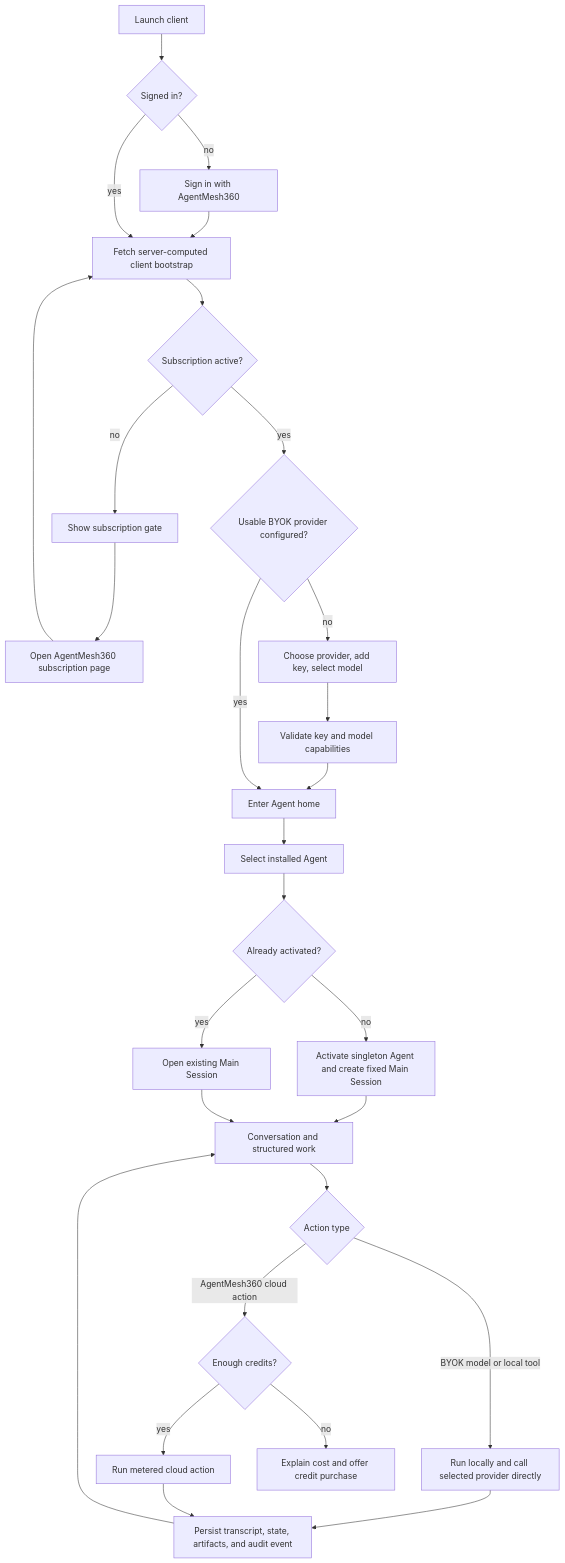
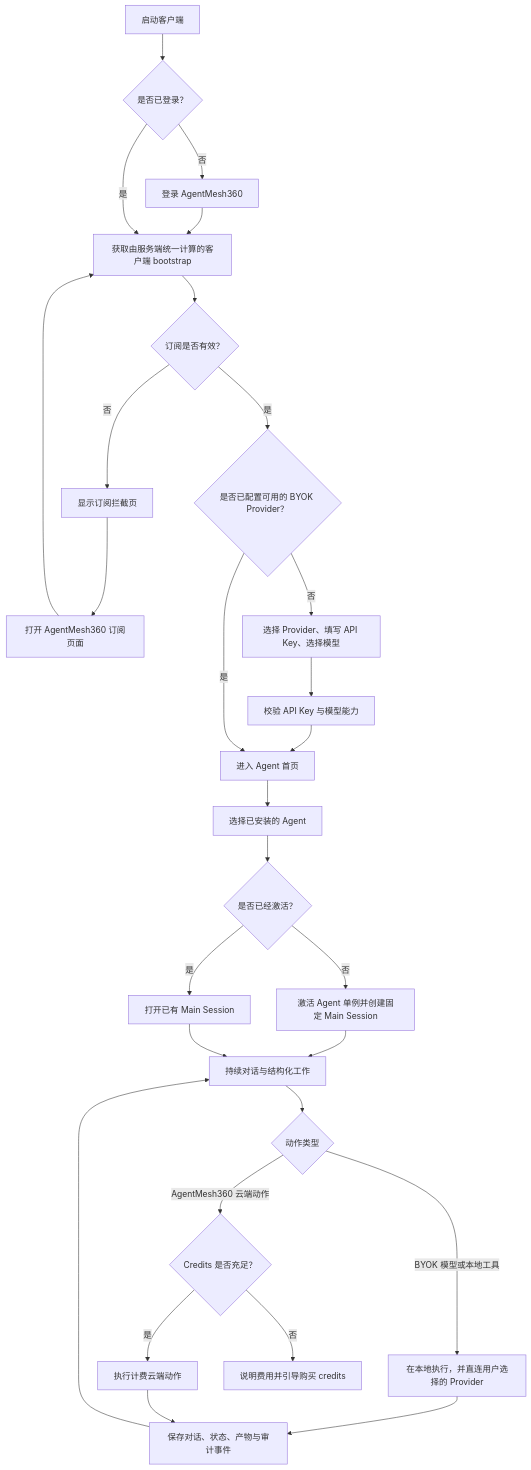
The second of 8 diagrams in docs/architecture/PRODUCT_BLUEPRINT.md (jiyangnan/AgentMesh360-Client), drawn with Mermaid before and after one commit. The commit also changed other lines of this file and 2 other files, not shown here.

````diff
--- a/docs/architecture/PRODUCT_BLUEPRINT.md
+++ b/docs/architecture/PRODUCT_BLUEPRINT.md
@@ -103,34 +101,34 @@
 ```mermaid
 flowchart TD
-    START["Launch client"] --> TOKEN{"Signed in?"}
-    TOKEN -->|"no"| SIGNIN["Sign in with AgentMesh360"]
-    SIGNIN --> BOOTSTRAP["Fetch server-computed client bootstrap"]
-    TOKEN -->|"yes"| BOOTSTRAP
+    START["启动客户端"] --> TOKEN{"是否已登录？"}
+    TOKEN -->|"否"| SIGNIN["登录 AgentMesh360"]
+    SIGNIN --> BOOTSTRAP["获取由服务端统一计算的客户端 bootstrap"]
+    TOKEN -->|"是"| BOOTSTRAP
 
-    BOOTSTRAP --> VALID{"Subscription active?"}
-    VALID -->|"no"| BLOCKED["Show subscription gate"]
-    BLOCKED --> WEB["Open AgentMesh360 subscription page"]
+    BOOTSTRAP --> VALID{"订阅是否有效？"}
+    VALID -->|"否"| BLOCKED["显示订阅拦截页"]
+    BLOCKED --> WEB["打开 AgentMesh360 订阅页面"]
     WEB --> BOOTSTRAP
 
-    VALID -->|"yes"| PROVIDER{"Usable BYOK provider configured?"}
-    PROVIDER -->|"no"| SETUP["Choose provider, add key, select model"]
-    SETUP --> VERIFY["Validate key and model capabilities"]
-    VERIFY --> HOME["Enter Agent home"]
-    PROVIDER -->|"yes"| HOME
+    VALID -->|"是"| PROVIDER{"是否已配置可用的 BYOK Provider？"}
+    PROVIDER -->|"否"| SETUP["选择 Provider、填写 API Key、选择模型"]
+    SETUP --> VERIFY["校验 API Key 与模型能力"]
+    VERIFY --> HOME["进入 Agent 首页"]
+    PROVIDER -->|"是"| HOME
 
-    HOME --> SELECT["Select installed Agent"]
-    SELECT --> ACTIVATED{"Already activated?"}
-    ACTIVATED -->|"no"| ACTIVATE["Activate singleton Agent and create fixed Main Session"]
-    ACTIVATED -->|"yes"| LOAD["Open existing Main Session"]
-    ACTIVATE --> CHAT["Conversation and structured work"]
+    HOME --> SELECT["选择已安装的 Agent"]
+    SELECT --> ACTIVATED{"是否已经激活？"}
+    ACTIVATED -->|"否"| ACTIVATE["激活 Agent 单例并创建固定 Main Session"]
+    ACTIVATED -->|"是"| LOAD["打开已有 Main Session"]
+    ACTIVATE --> CHAT["持续对话与结构化工作"]
     LOAD --> CHAT
 
-    CHAT --> ACTION{"Action type"}
-    ACTION -->|"BYOK model or local tool"| LOCAL["Run locally and call selected provider directly"]
-    ACTION -->|"AgentMesh360 cloud action"| CREDIT{"Enough credits?"}
-    CREDIT -->|"yes"| CLOUD["Run metered cloud action"]
-    CREDIT -->|"no"| TOPUP["Explain cost and offer credit purchase"]
-    LOCAL --> RESULT["Persist transcript, state, artifacts, and audit event"]
+    CHAT --> ACTION{"动作类型"}
+    ACTION -->|"BYOK 模型或本地工具"| LOCAL["在本地执行，并直连用户选择的 Provider"]
+    ACTION -->|"AgentMesh360 云端动作"| CREDIT{"Credits 是否充足？"}
+    CREDIT -->|"是"| CLOUD["执行计费云端动作"]
+    CREDIT -->|"否"| TOPUP["说明费用并引导购买 credits"]
+    LOCAL --> RESULT["保存对话、状态、产物与审计事件"]
     CLOUD --> RESULT
     RESULT --> CHAT
 ```
````
